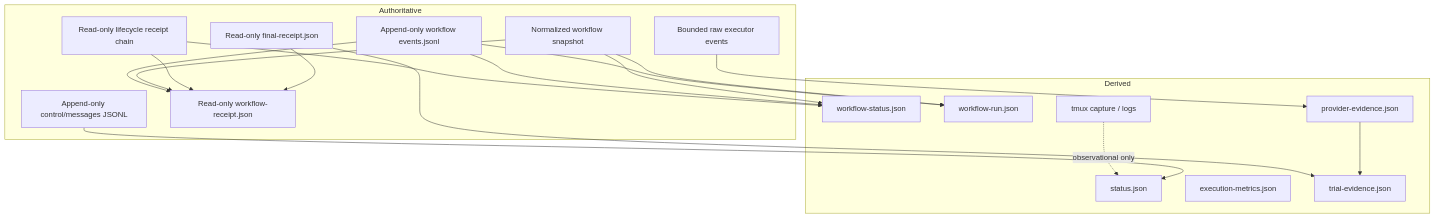
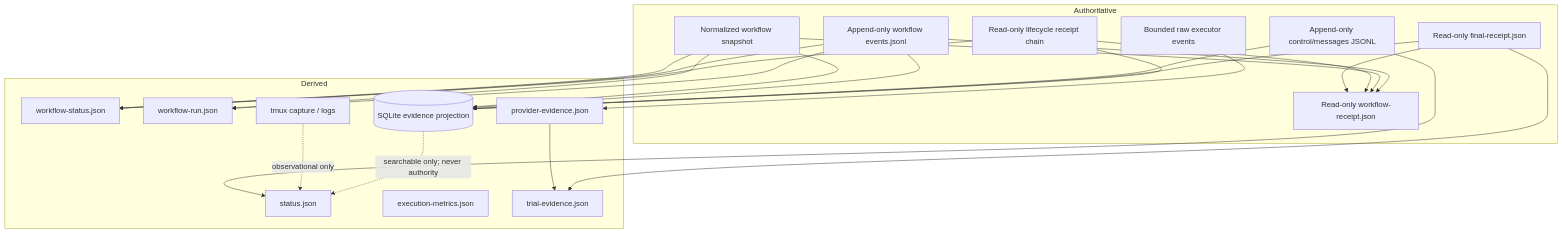
The third of 29 diagrams in docs/diagrams/REPOSITORY_CHART_PACK.md (ngallodev-software/agent-workflow), drawn with Mermaid before and after one commit. The commit also changed other lines of this file and 81 other files, not shown here.

Commit message:
feat: add rebuildable sqlite evidence index

````diff
--- a/docs/diagrams/REPOSITORY_CHART_PACK.md
+++ b/docs/diagrams/REPOSITORY_CHART_PACK.md
@@ -71,35 +78,42 @@
 ```mermaid
 flowchart TB
   subgraph Authoritative
     Snapshot[Normalized workflow snapshot]
     Events[Append-only workflow events.jsonl]
     Control[Append-only control/messages JSONL]
     Raw[Bounded raw executor events]
     Final[Read-only final-receipt.json]
     Life[Read-only lifecycle receipt chain]
     WFR[Read-only workflow-receipt.json]
   end
   subgraph Derived
     Status[status.json]
     WFStatus[workflow-status.json]
     WFRun[workflow-run.json]
     Metrics[execution-metrics.json]
     Provider[provider-evidence.json]
     Trial[trial-evidence.json]
     Terminal[tmux capture / logs]
+    Index[(SQLite evidence projection)]
   end
   Snapshot --> WFStatus
   Events --> WFStatus
   Snapshot --> WFRun
   Events --> WFRun
   Raw --> Provider
   Provider --> Trial
   Final --> Trial
   Life --> WFStatus
   Final --> WFR
   Life --> WFR
   Snapshot --> WFR
   Events --> WFR
   Control --> Status
   Terminal -. observational only .-> Status
+  Snapshot --> Index
+  Events --> Index
+  Control --> Index
+  Final --> Index
+  Life --> Index
+  Index -. searchable only; never authority .-> Status
 ```
````
